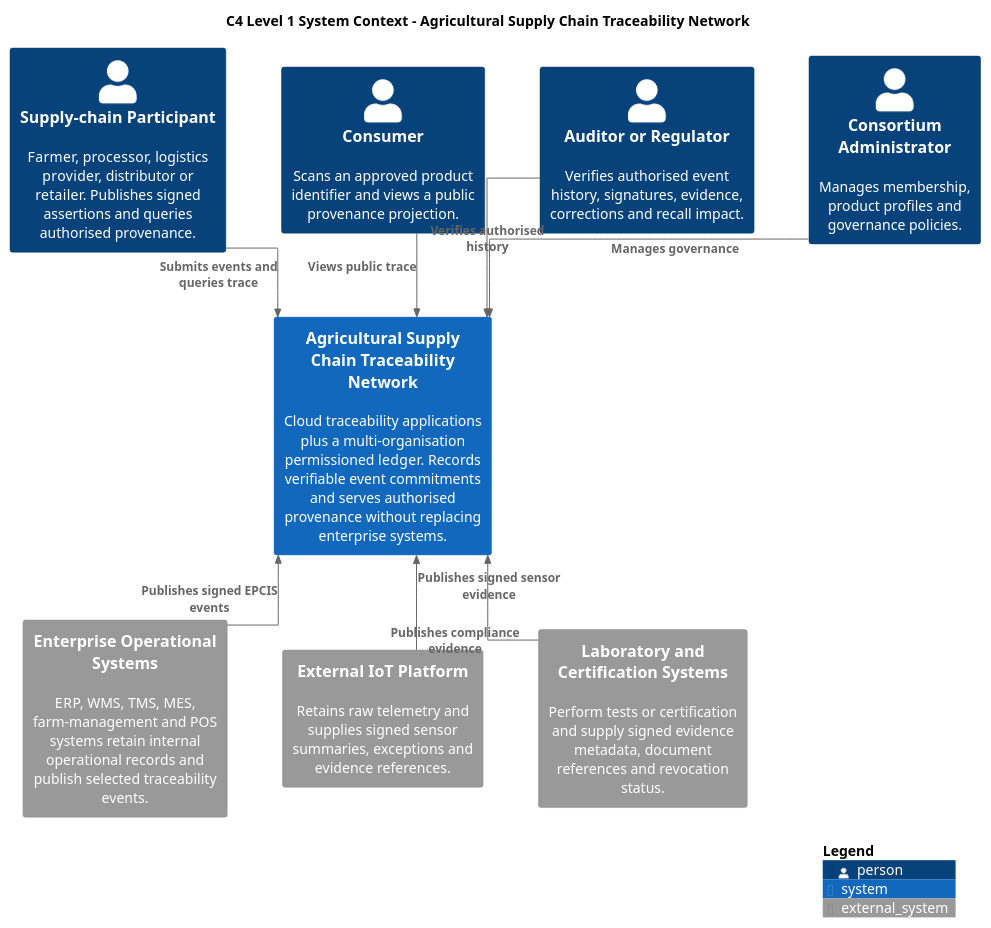
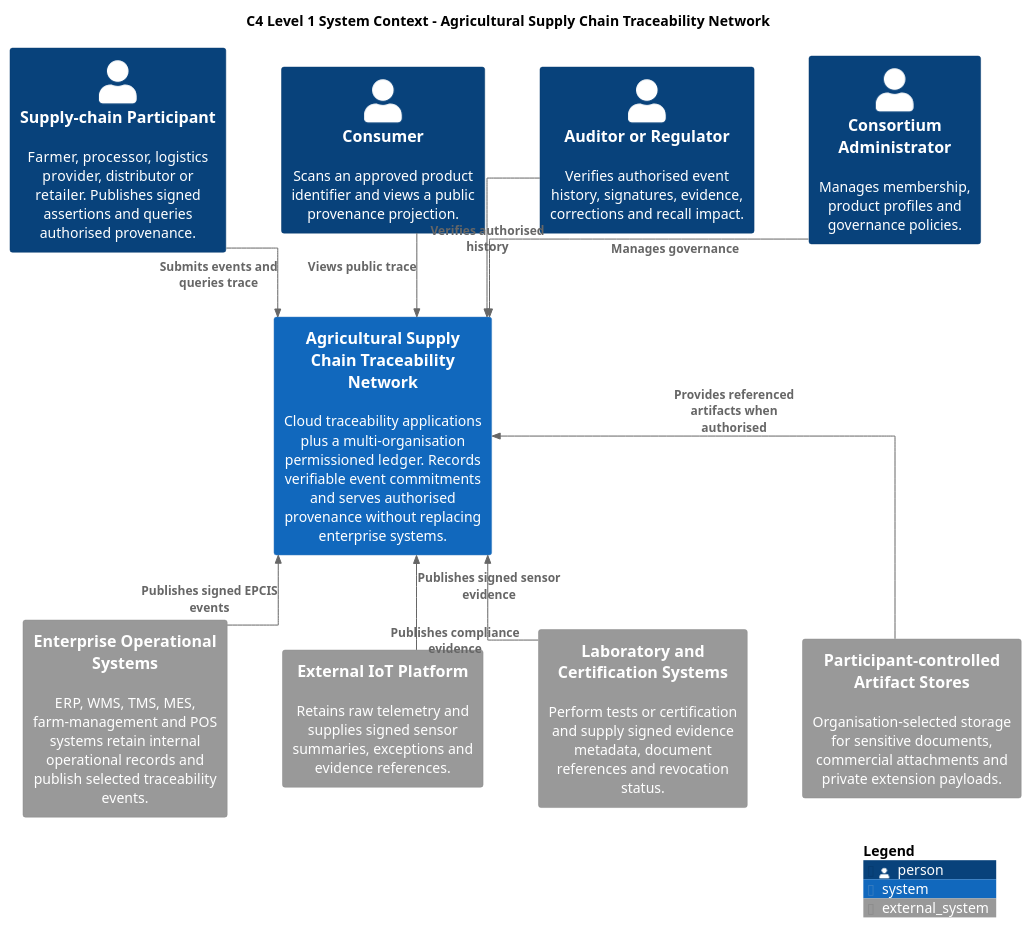
Before and after one commit to kuangshen04/48433assignment: the diagram in diagrams/01-system-context.puml, drawn with PlantUML. The commit also changed 9 other files, not shown here.

```diff
--- a/diagrams/01-system-context.puml
+++ b/diagrams/01-system-context.puml
@@ -1,40 +1,43 @@
 @startuml Agricultural_Supply_Chain_Traceability_Context
 !include <C4/C4_Context>
 
 title C4 Level 1 System Context - Agricultural Supply Chain Traceability Network
 
 LAYOUT_TOP_DOWN()
 skinparam linetype ortho
 skinparam nodesep 55
 skinparam ranksep 65
 
 Person(participant, "Supply-chain Participant", "Farmer, processor, logistics provider, distributor or retailer. Publishes signed assertions and queries authorised provenance.")
 Person(consumer, "Consumer", "Scans an approved product identifier and views a public provenance projection.")
 Person(auditor, "Auditor or Regulator", "Verifies authorised event history, signatures, evidence, corrections and recall impact.")
 Person(admin, "Consortium Administrator", "Manages membership, product profiles and governance policies.")
 
 System(traceNetwork, "Agricultural Supply Chain Traceability Network", "Cloud traceability applications plus a multi-organisation permissioned ledger. Records verifiable event commitments and serves authorised provenance without replacing enterprise systems.")
 
 System_Ext(enterpriseSystems, "Enterprise Operational Systems", "ERP, WMS, TMS, MES, farm-management and POS systems retain internal operational records and publish selected traceability events.")
 System_Ext(iotPlatform, "External IoT Platform", "Retains raw telemetry and supplies signed sensor summaries, exceptions and evidence references.")
 System_Ext(labSystems, "Laboratory and Certification Systems", "Perform tests or certification and supply signed evidence metadata, document references and revocation status.")
+System_Ext(artifactStore, "Participant-controlled Artifact Stores", "Organisation-selected storage for sensitive documents, commercial attachments and private extension payloads.")
 
 Lay_R(participant, consumer)
 Lay_R(consumer, auditor)
 Lay_R(auditor, admin)
 Lay_D(consumer, traceNetwork)
 Lay_D(traceNetwork, iotPlatform)
 Lay_R(enterpriseSystems, iotPlatform)
 Lay_R(iotPlatform, labSystems)
+Lay_R(labSystems, artifactStore)
 
 Rel_D(participant, traceNetwork, "Submits events and queries trace")
 Rel_D(consumer, traceNetwork, "Views public trace")
 Rel_D(auditor, traceNetwork, "Verifies authorised history")
 Rel_D(admin, traceNetwork, "Manages governance")
 
 Rel_U(enterpriseSystems, traceNetwork, "Publishes signed EPCIS events")
 Rel_U(iotPlatform, traceNetwork, "Publishes signed sensor evidence")
 Rel_U(labSystems, traceNetwork, "Publishes compliance evidence")
+Rel_U(artifactStore, traceNetwork, "Provides referenced artifacts when authorised")
 
 SHOW_LEGEND()
 @enduml
```
